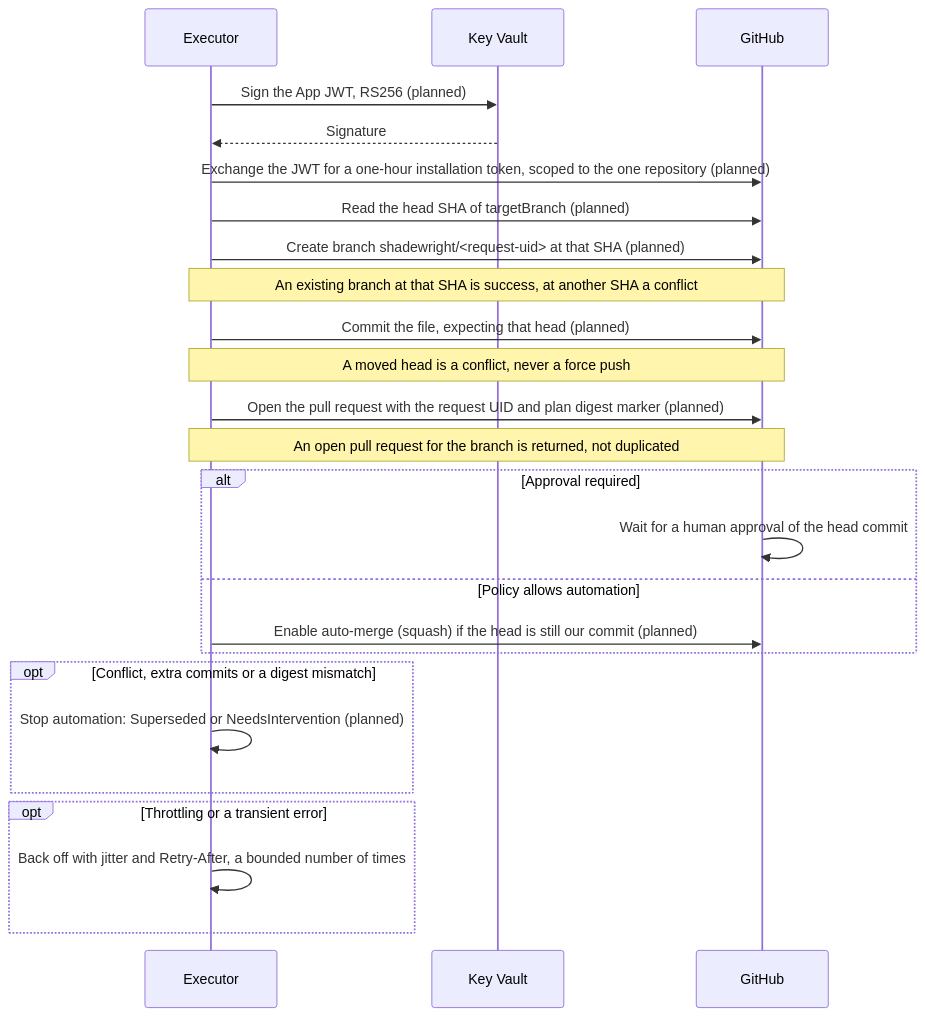
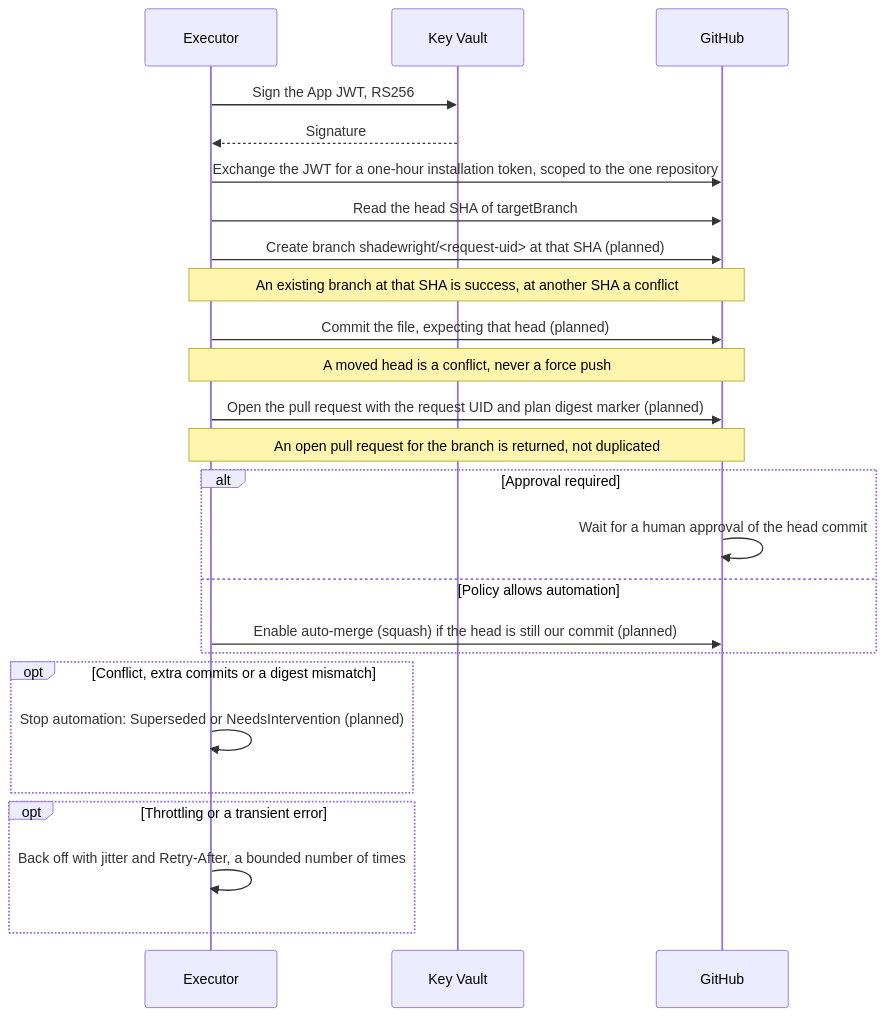
Before and after one commit to pkalin/shadewright: the fourth of 5 diagrams in docs/design.md, drawn with Mermaid. The commit also changed other lines of this file and 14 other files, not shown here.

````diff
--- a/docs/design.md
+++ b/docs/design.md
@@ -469,27 +470,27 @@
 ```mermaid
 sequenceDiagram
     participant E as Executor
     participant V as Key Vault
     participant G as GitHub
-    E->>V: Sign the App JWT, RS256 (planned)
+    E->>V: Sign the App JWT, RS256
     V-->>E: Signature
-    E->>G: Exchange the JWT for a one-hour installation token, scoped to the one repository (planned)
-    E->>G: Read the head SHA of targetBranch (planned)
+    E->>G: Exchange the JWT for a one-hour installation token, scoped to the one repository
+    E->>G: Read the head SHA of targetBranch
     E->>G: Create branch shadewright/#lt;request-uid#gt; at that SHA (planned)
     Note over E,G: An existing branch at that SHA is success, at another SHA a conflict
     E->>G: Commit the file, expecting that head (planned)
     Note over E,G: A moved head is a conflict, never a force push
     E->>G: Open the pull request with the request UID and plan digest marker (planned)
     Note over E,G: An open pull request for the branch is returned, not duplicated
     alt Approval required
         G->>G: Wait for a human approval of the head commit
     else Policy allows automation
         E->>G: Enable auto-merge (squash) if the head is still our commit (planned)
     end
     opt Conflict, extra commits or a digest mismatch
         E->>E: Stop automation: Superseded or NeedsIntervention (planned)
     end
     opt Throttling or a transient error
         E->>E: Back off with jitter and Retry-After, a bounded number of times
     end
 ```
````
